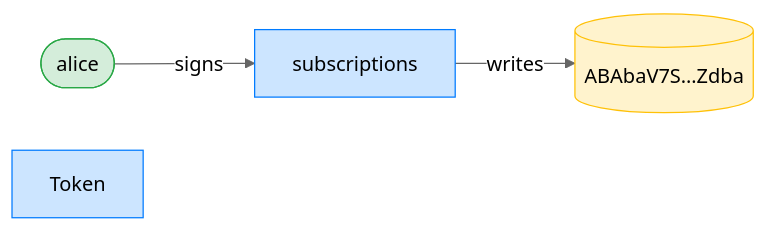
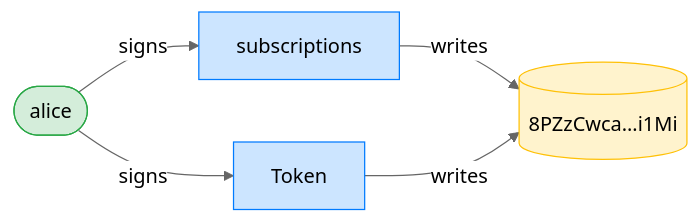
Before and after one commit to cds-rs/subscriptions: the seventh of 8 diagrams in dsl_tests/revoke-clears-the-delegate.md, drawn with Mermaid (neutral theme). The commit also changed other lines of this file and 224 other files, not shown here.

````diff
--- a/dsl_tests/revoke-clears-the-delegate.md
+++ b/dsl_tests/revoke-clears-the-delegate.md
@@ -134,12 +140,14 @@
 ```mermaid
 flowchart LR
     classDef signer fill:#d4edda,stroke:#28a745;
     classDef program fill:#cce5ff,stroke:#007bff;
     classDef writable fill:#fff3cd,stroke:#ffc107;
     subscriptions[subscriptions]:::program
     alice([alice]):::signer
-    ABAbaV7S_Zdba[("ABAbaV7S…Zdba")]:::writable
+    8PZzCwca_i1Mi[("8PZzCwca…i1Mi")]:::writable
     Token[Token]:::program
     alice -->|signs| subscriptions
-    subscriptions -->|writes| ABAbaV7S_Zdba
+    alice -->|signs| Token
+    subscriptions -->|writes| 8PZzCwca_i1Mi
+    Token -->|writes| 8PZzCwca_i1Mi
 ```
````
